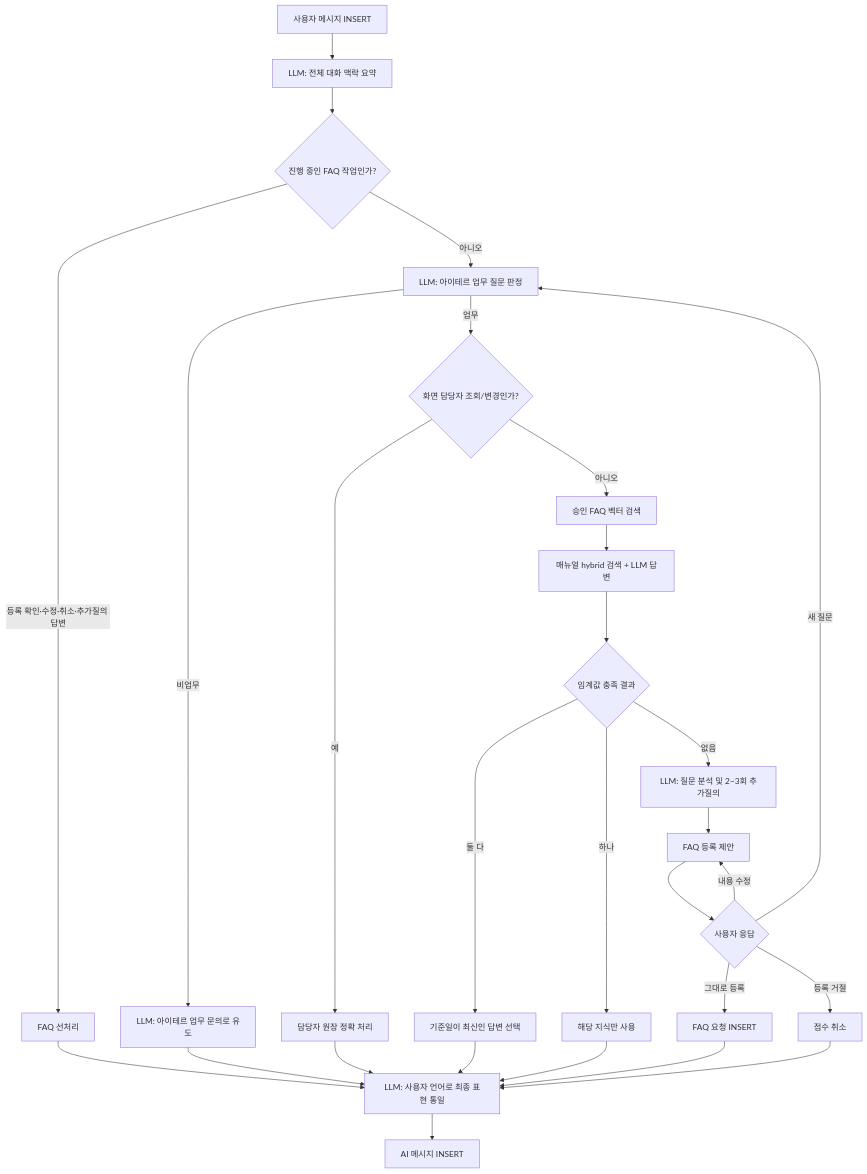
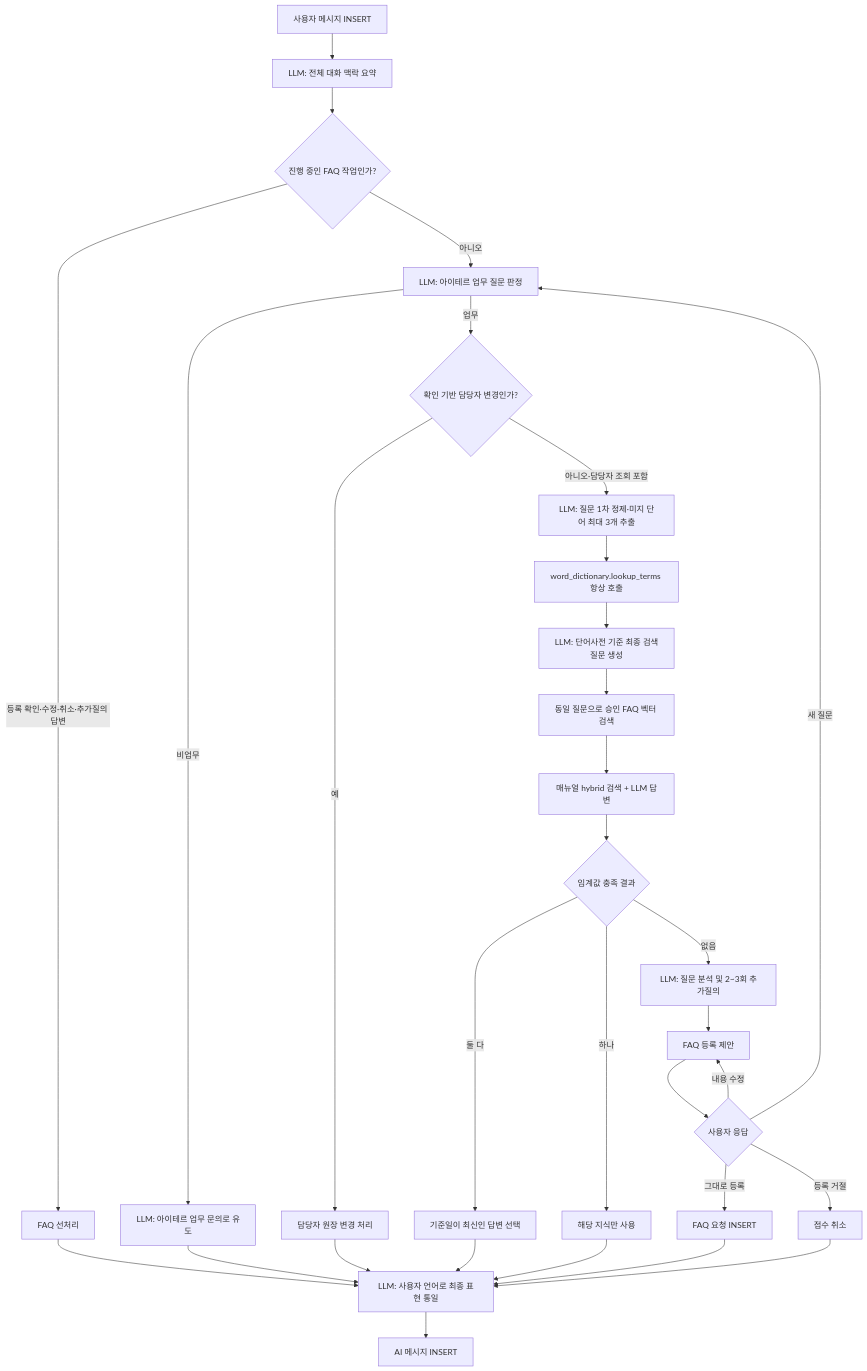
Before and after one commit to hyunssu/AX_ATTACK: the second of 3 diagrams in README_kyj.md, drawn with Mermaid. The commit also changed other lines of this file and 26 other files, not shown here.

````diff
--- a/README_kyj.md
+++ b/README_kyj.md
@@ -189,30 +209,33 @@
 ```mermaid
 flowchart TD
     A["사용자 메시지 INSERT"] --> B["LLM: 전체 대화 맥락 요약"]
     B --> C{"진행 중인 FAQ 작업인가?"}
     C -->|등록 확인·수정·취소·추가질의 답변| P["FAQ 선처리"]
     C -->|아니오| D["LLM: 아이테르 업무 질문 판정"]
     D -->|비업무| E["LLM: 아이테르 업무 문의로 유도"]
-    D -->|업무| F{"화면 담당자 조회/변경인가?"}
-    F -->|예| G["담당자 원장 정확 처리"]
-    F -->|아니오| H["승인 FAQ 벡터 검색"]
+    D -->|업무| F{"확인 기반 담당자 변경인가?"}
+    F -->|예| G["담당자 원장 변경 처리"]
+    F -->|아니오·담당자 조회 포함| U["LLM: 질문 1차 정제·미지 단어 최대 3개 추출"]
+    U --> V["word_dictionary.lookup_terms 항상 호출"]
+    V --> W["LLM: 단어사전 기준 최종 검색질문 생성"]
+    W --> H["동일 질문으로 승인 FAQ 벡터 검색"]
     H --> I["매뉴얼 hybrid 검색 + LLM 답변"]
     I --> J{"임계값 충족 결과"}
     J -->|둘 다| K["기준일이 최신인 답변 선택"]
     J -->|하나| L["해당 지식만 사용"]
     J -->|없음| M["LLM: 질문 분석 및 2~3회 추가질의"]
     M --> N["FAQ 등록 제안"]
     N --> O{"사용자 응답"}
     O -->|그대로 등록| Q["FAQ 요청 INSERT"]
     O -->|내용 수정| N
     O -->|등록 거절| R["접수 취소"]
     O -->|새 질문| D
     P --> S["LLM: 사용자 언어로 최종 표현 통일"]
     E --> S
     G --> S
     K --> S
     L --> S
     Q --> S
     R --> S
     S --> T["AI 메시지 INSERT"]
 ```
````
